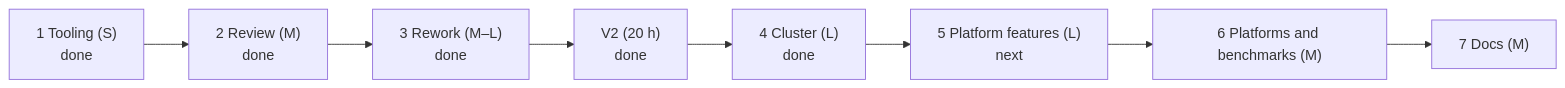
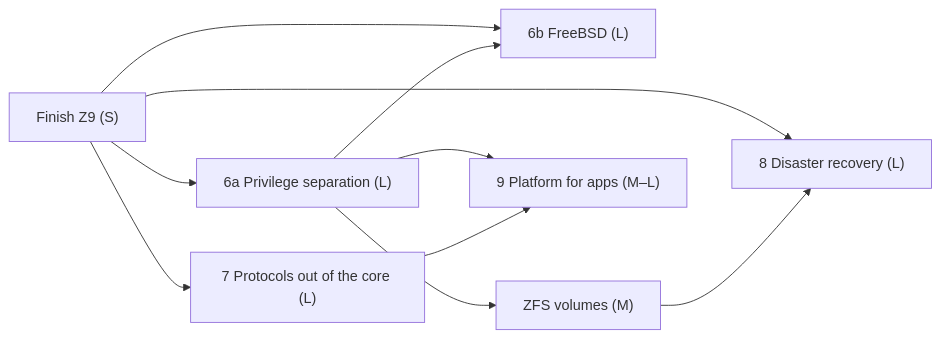
The diagram in docs/ROADMAP.md (jrobhoward/paddock), drawn with Mermaid before and after one commit. The commit also changed other lines of this file and 2 other files, not shown here.

First line of the commit message:
Roadmap rewritten around the project's goals

````diff
--- a/docs/ROADMAP.md
+++ b/docs/ROADMAP.md
@@ -45,5 +67,12 @@
 ```mermaid
 flowchart LR
-    s1["1 Tooling (S)<br/>done"] --> s2["2 Review (M)<br/>done"] --> s3["3 Rework (M–L)<br/>done"] --> v2["V2 (20 h)<br/>done"] --> s4["4 Cluster (L)<br/>done"]
-    s4 --> s5["5 Platform features (L)<br/>next"] --> s6["6 Platforms and benchmarks (M)"] --> s7["7 Docs (M)"]
+    z9["Finish Z9 (S)"] --> p6a["6a Privilege separation (L)"]
+    z9 --> p6b["6b FreeBSD (L)"]
+    z9 --> p7["7 Protocols out of the core (L)"]
+    p6a --> p6b
+    p6a --> zfs["ZFS volumes (M)"]
+    p6a --> p9["9 Platform for apps (M–L)"]
+    p7 --> p9
+    z9 --> p8["8 Disaster recovery (L)"]
+    zfs --> p8
 ```
````
